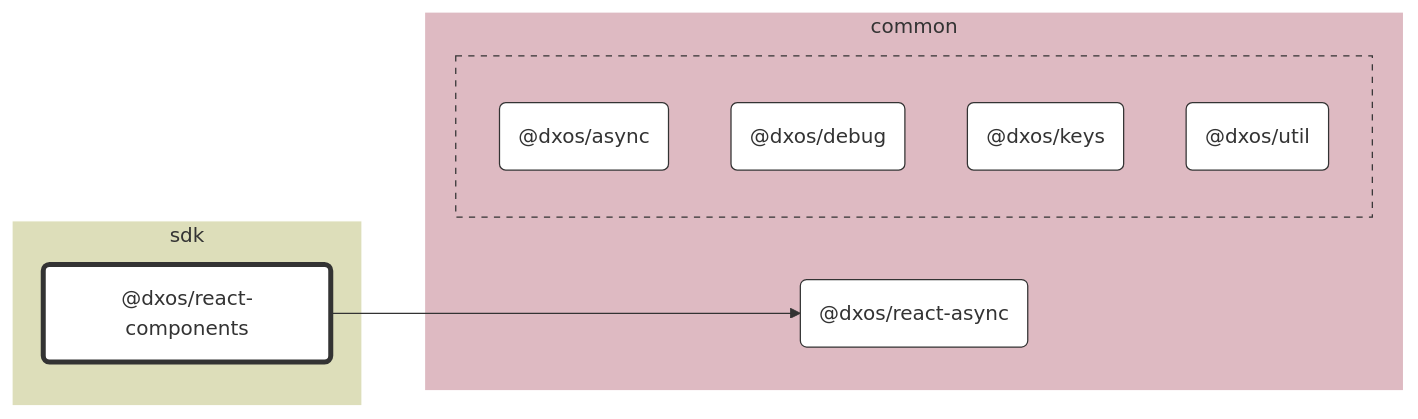
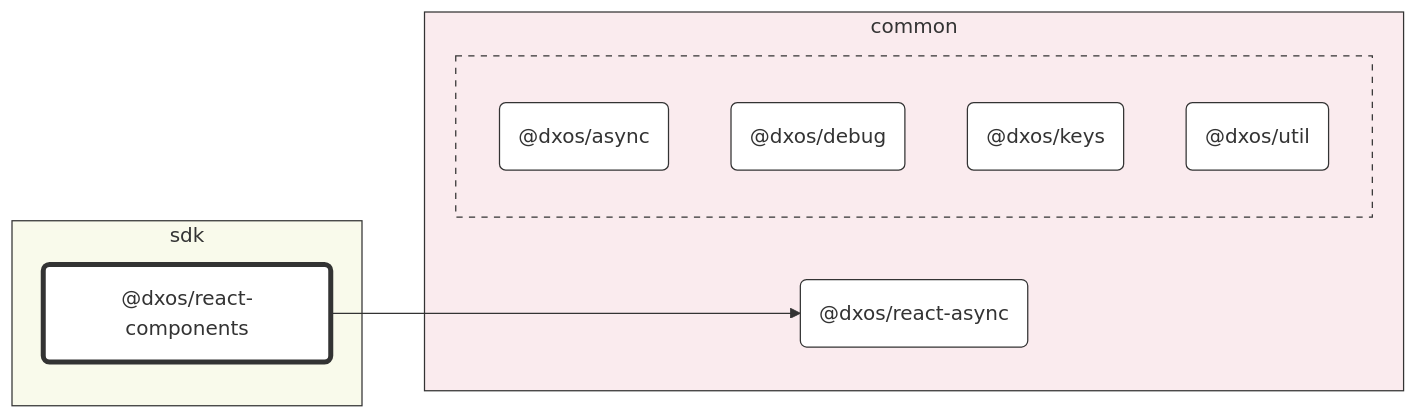
Before and after one commit to dxos/dxos: the diagram in packages/sdk/react-components/docs/README.md, drawn with Mermaid. The commit also changed 93 other files, not shown here.

First line of the commit message:
chore: hierarchical graphs. (#1583)

````diff
--- a/packages/sdk/react-components/docs/README.md
+++ b/packages/sdk/react-components/docs/README.md
@@ -7,39 +7,39 @@
 ```mermaid
 %%{ init: {'flowchart':{'curve':'basis'}} }%%
 
 flowchart LR
 
 %% Classes
 classDef def fill:#fff,stroke:#333,stroke-width:1px
 classDef root fill:#fff,stroke:#333,stroke-width:4px
 
 %% Nodes
 
 subgraph sdk [sdk]
-  style sdk fill:#dddeba,stroke:#fff
+  style sdk fill:#f9faeb,stroke:#333
   dxos/react-components("@dxos/react-components"):::root
   click dxos/react-components "dxos/dxos/tree/main/packages/sdk/react-components/docs"
 end
 
 subgraph common [common]
-  style common fill:#debac2,stroke:#fff
+  style common fill:#faebee,stroke:#333
   dxos/react-async("@dxos/react-async"):::def
   click dxos/react-async "dxos/dxos/tree/main/packages/common/react-async/docs"
 
-  subgraph common-excluded [ ]
-    style common-excluded fill:#debac2,stroke:#333,stroke-dasharray:5 5
+  subgraph _ [ ]
+    style _ fill:#faebee,stroke:#333,stroke-dasharray:5 5
     dxos/async("@dxos/async"):::def
     click dxos/async "dxos/dxos/tree/main/packages/common/async/docs"
     dxos/debug("@dxos/debug"):::def
     click dxos/debug "dxos/dxos/tree/main/packages/common/debug/docs"
     dxos/keys("@dxos/keys"):::def
     click dxos/keys "dxos/dxos/tree/main/packages/common/keys/docs"
     dxos/util("@dxos/util"):::def
     click dxos/util "dxos/dxos/tree/main/packages/common/util/docs"
   end
 end
 
 %% Links
 linkStyle default stroke:#333,stroke-width:1px
 dxos/react-components --> dxos/react-async
 ```
````
